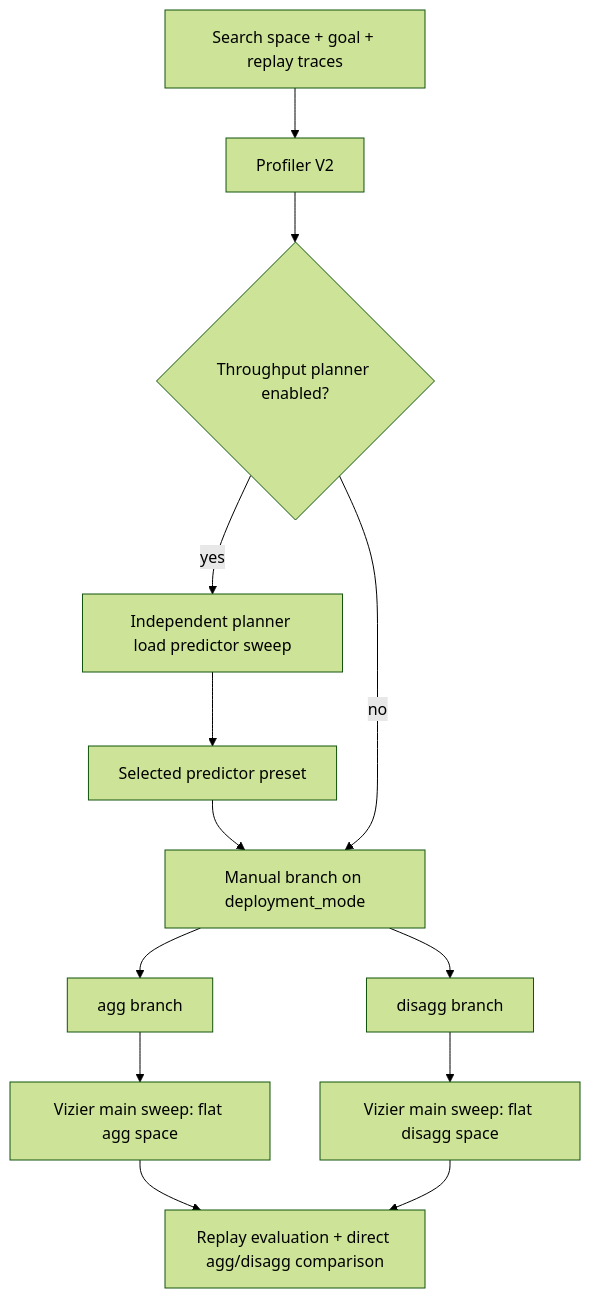
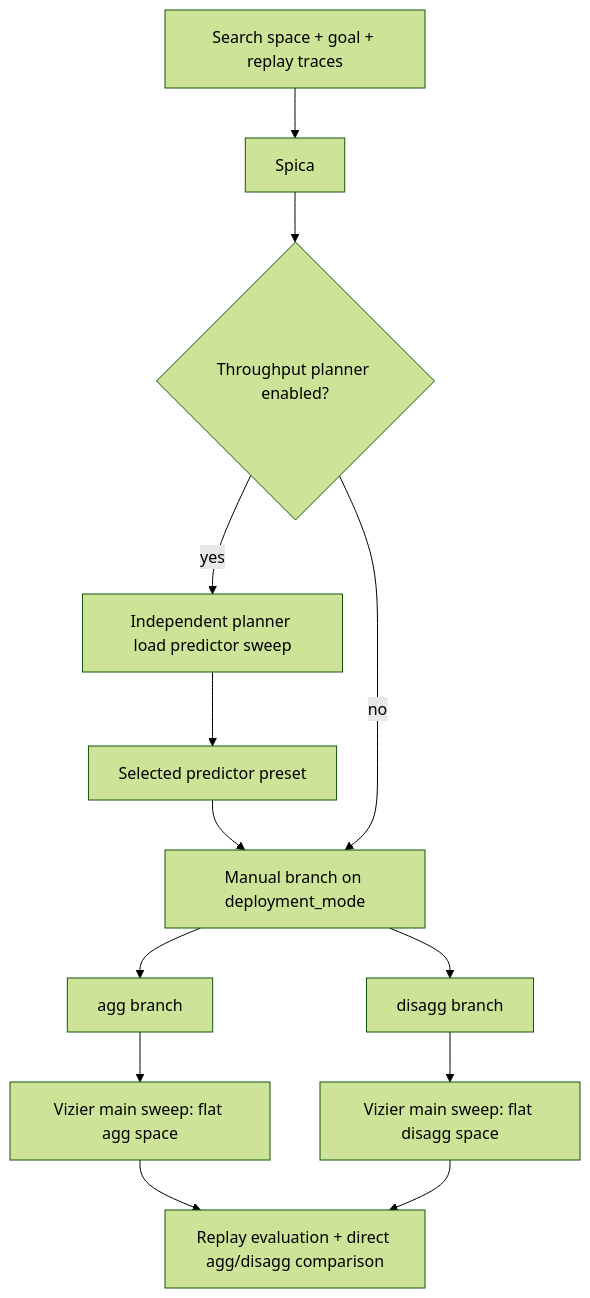
One commit to ai-dynamo/dynamo changed the diagram in docs/proposals/dgdr-profiler-smart-search-plan.md. Above: the diagram before and after it, drawn with Mermaid (forest theme). The commit also changed other lines of this file, not shown here.

First line of the commit message:
docs(profiler): name the tool Spica

````diff
--- a/docs/proposals/dgdr-profiler-smart-search-plan.md
+++ b/docs/proposals/dgdr-profiler-smart-search-plan.md
@@ -25,15 +27,15 @@
 ```mermaid
 flowchart TD
-    input["Search space + goal + replay traces"] --> profiler["Profiler V2"]
+    input["Search space + goal + replay traces"] --> profiler["Spica"]
     profiler --> throughputPlanner{"Throughput planner enabled?"}
     throughputPlanner -->|yes| loadPredictor["Independent planner load predictor sweep"]
     loadPredictor --> predictorPreset["Selected predictor preset"]
     predictorPreset --> branch["Manual branch on deployment_mode"]
     throughputPlanner -->|no| branch
     branch --> agg["agg branch"]
     branch --> disagg["disagg branch"]
     agg --> aggVizier["Vizier main sweep: flat agg space"]
     disagg --> disaggVizier["Vizier main sweep: flat disagg space"]
     aggVizier --> rank["Replay evaluation + direct agg/disagg comparison"]
     disaggVizier --> rank
 ```
````
